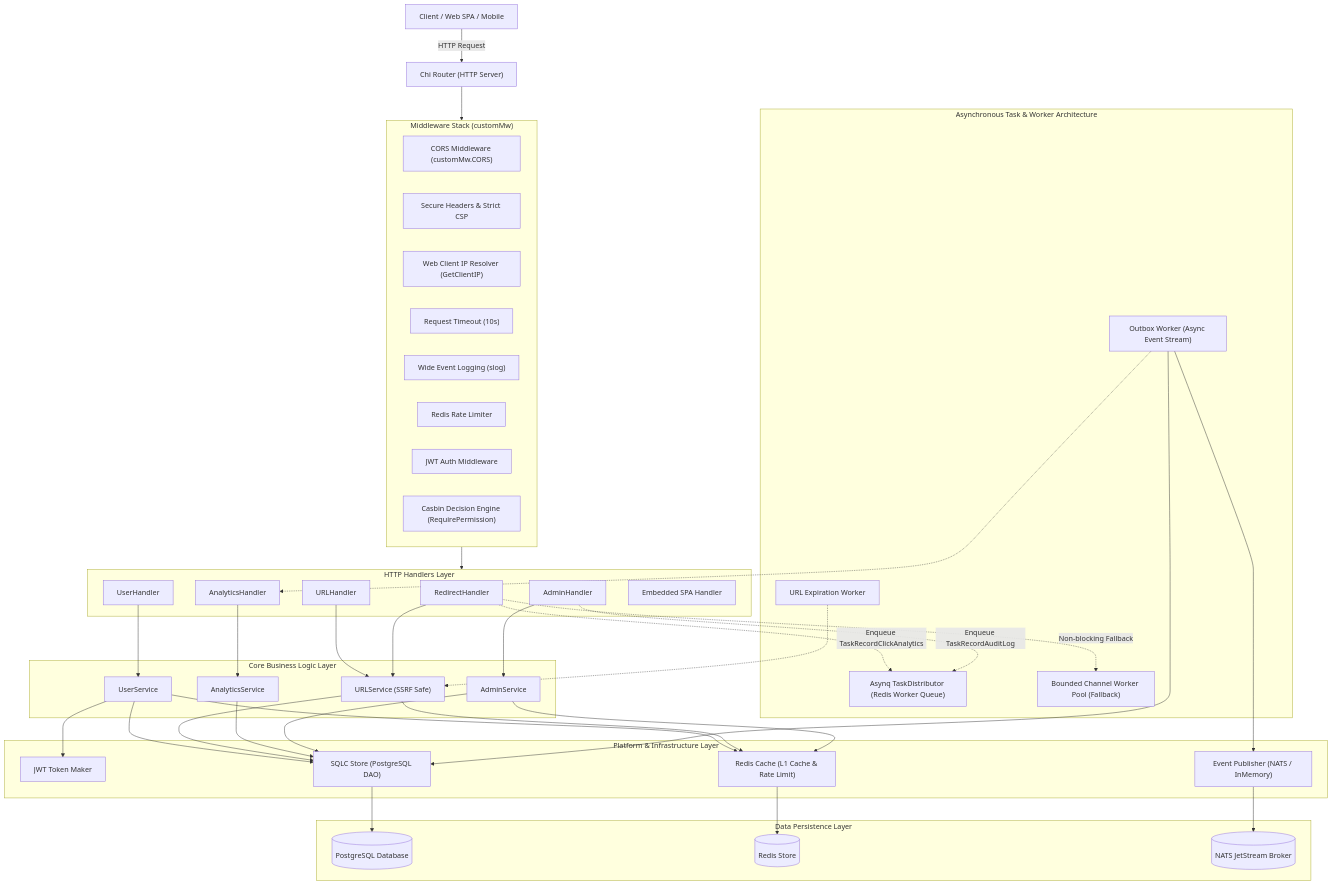
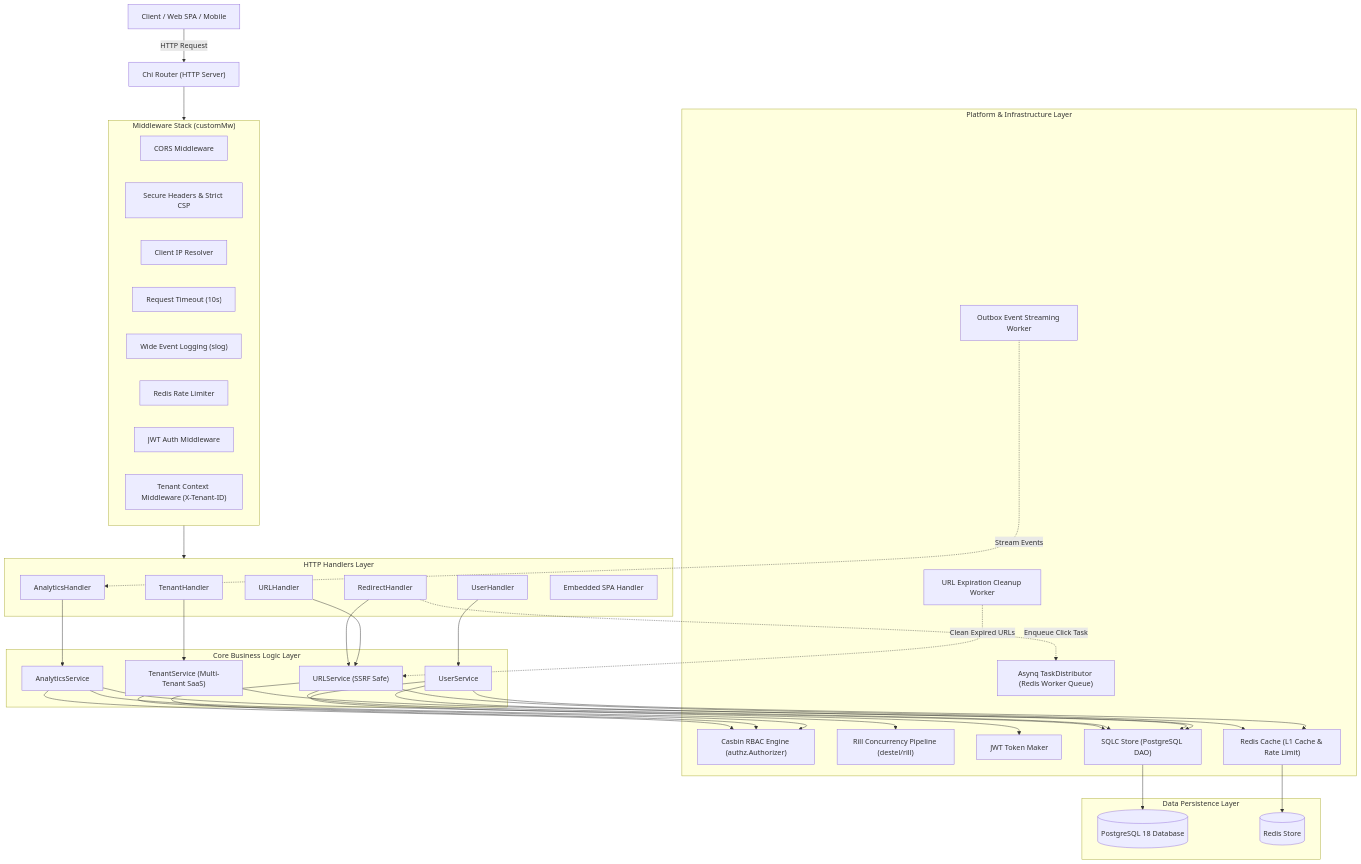
The first of 2 diagrams in README.md (semmidev/url-shortener), drawn with Mermaid before and after one commit. The commit also changed other lines of this file, not shown here.

````diff
--- a/README.md
+++ b/README.md
@@ -101,82 +100,74 @@
     Client["Client / Web SPA / Mobile"] --> |HTTP Request| Router["Chi Router (HTTP Server)"]
 
     subgraph MiddlewareStack["Middleware Stack (customMw)"]
-        CORS["CORS Middleware (customMw.CORS)"]
+        CORS["CORS Middleware"]
         SecureHeaders["Secure Headers & Strict CSP"]
-        ClientIP["Web Client IP Resolver (GetClientIP)"]
+        ClientIP["Client IP Resolver"]
         Timeout["Request Timeout (10s)"]
         LoggerMW["Wide Event Logging (slog)"]
         RateLimiter["Redis Rate Limiter"]
         AuthMW["JWT Auth Middleware"]
-        CasbinAuthz["Casbin Decision Engine (RequirePermission)"]
+        TenantMW["Tenant Context Middleware (X-Tenant-ID)"]
     end
 
     Router --> MiddlewareStack
 
     subgraph Handlers["HTTP Handlers Layer"]
-        RedirectH["RedirectHandler"]
+        TenantH["TenantHandler"]
         UserH["UserHandler"]
         URLH["URLHandler"]
+        RedirectH["RedirectHandler"]
         AnalyticsH["AnalyticsHandler"]
-        AdminH["AdminHandler"]
         SPAH["Embedded SPA Handler"]
     end
 
     MiddlewareStack --> Handlers
 
     subgraph Services["Core Business Logic Layer"]
+        TenantSvc["TenantService (Multi-Tenant SaaS)"]
         UserSvc["UserService"]
         URLSvc["URLService (SSRF Safe)"]
         AnalyticsSvc["AnalyticsService"]
-        AdminSvc["AdminService"]
     end
 
+    TenantH --> TenantSvc
     UserH --> UserSvc
     URLH --> URLSvc
     RedirectH --> URLSvc
     AnalyticsH --> AnalyticsSvc
-    AdminH --> AdminSvc
-
-    subgraph WorkerQueues["Asynchronous Task & Worker Architecture"]
-        TaskDistributor["Asynq TaskDistributor (Redis Worker Queue)"]
-        BoundedFallback["Bounded Channel Worker Pool (Fallback)"]
-        OutboxWorker["Outbox Worker (Async Event Stream)"]
-        CleanupWorker["URL Expiration Worker"]
-    end
-
-    RedirectH -.->|Enqueue TaskRecordClickAnalytics| TaskDistributor
-    RedirectH -.->|Non-blocking Fallback| BoundedFallback
-    AdminH -.->|Enqueue TaskRecordAuditLog| TaskDistributor
-
-    CleanupWorker -.-> URLSvc
-    OutboxWorker -.-> AnalyticsH
 
     subgraph PlatformLayer["Platform & Infrastructure Layer"]
+        Casbin["Casbin RBAC Engine (authz.Authorizer)"]
+        RillPipeline["Rill Concurrency Pipeline (destel/rill)"]
+        TaskDistributor["Asynq TaskDistributor (Redis Worker Queue)"]
+        OutboxWorker["Outbox Event Streaming Worker"]
+        CleanupWorker["URL Expiration Cleanup Worker"]
         JWTMaker["JWT Token Maker"]
         RedisCache["Redis Cache (L1 Cache & Rate Limit)"]
-        EventPub["Event Publisher (NATS / InMemory)"]
         SQLCStore["SQLC Store (PostgreSQL DAO)"]
     end
 
+    TenantSvc --> Casbin
+    TenantSvc --> SQLCStore
     UserSvc --> JWTMaker
     UserSvc --> RedisCache
     UserSvc --> SQLCStore
+    URLSvc --> Casbin
     URLSvc --> RedisCache
     URLSvc --> SQLCStore
+    AnalyticsSvc --> Casbin
+    AnalyticsSvc --> RillPipeline
     AnalyticsSvc --> SQLCStore
-    AdminSvc --> RedisCache
-    AdminSvc --> SQLCStore
 
-    OutboxWorker --> SQLCStore
-    OutboxWorker --> EventPub
+    RedirectH -.->|Enqueue Click Task| TaskDistributor
+    CleanupWorker -.->|Clean Expired URLs| URLSvc
+    OutboxWorker -.->|Stream Events| AnalyticsH
 
     subgraph DataStorage["Data Persistence Layer"]
-        PostgreSQL[("PostgreSQL Database")]
+        PostgreSQL[("PostgreSQL 18 Database")]
         RedisDB[("Redis Store")]
-        NATS[("NATS JetStream Broker")]
     end
 
     SQLCStore --> PostgreSQL
     RedisCache --> RedisDB
-    EventPub --> NATS
 ```
````
